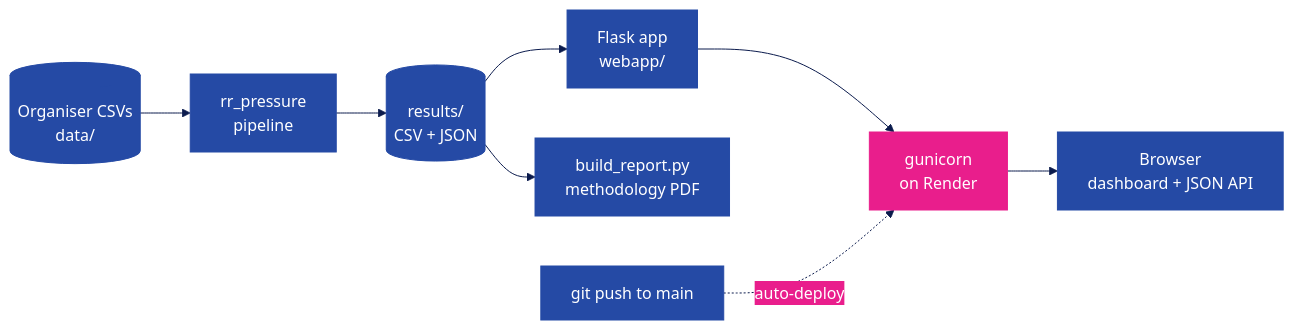
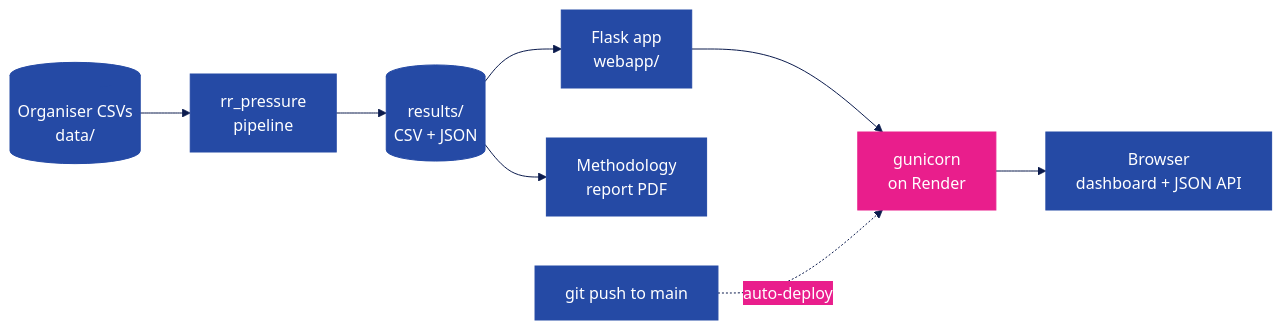
Before and after one commit to YashasP19/RR-ML-Submission: the third of 3 diagrams in README.md, drawn with Mermaid.

````diff
--- a/README.md
+++ b/README.md
@@ -221,12 +221,12 @@
 ```mermaid
 %%{init: {"theme":"base","themeVariables":{"primaryColor":"#254AA5","primaryTextColor":"#ffffff","primaryBorderColor":"#254AA5","lineColor":"#0B1B4D","secondaryColor":"#E91E8C","tertiaryColor":"#F4F6FC","fontFamily":"Inter, Arial"}}}%%
 flowchart LR
     D[("Organiser CSVs<br/>data/")] --> P["rr_pressure<br/>pipeline"]
     P --> R[("results/<br/>CSV + JSON")]
     R --> W["Flask app<br/>webapp/"]
     W --> G["gunicorn<br/>on Render"]
     G --> U["Browser<br/>dashboard + JSON API"]
-    R --> PDF["build_report.py<br/>methodology PDF"]
+    R --> PDF["Methodology<br/>report PDF"]
     GH["git push to main"] -.->|"auto-deploy"| G
     style G fill:#E91E8C,stroke:#E91E8C,color:#ffffff
 ```
````
